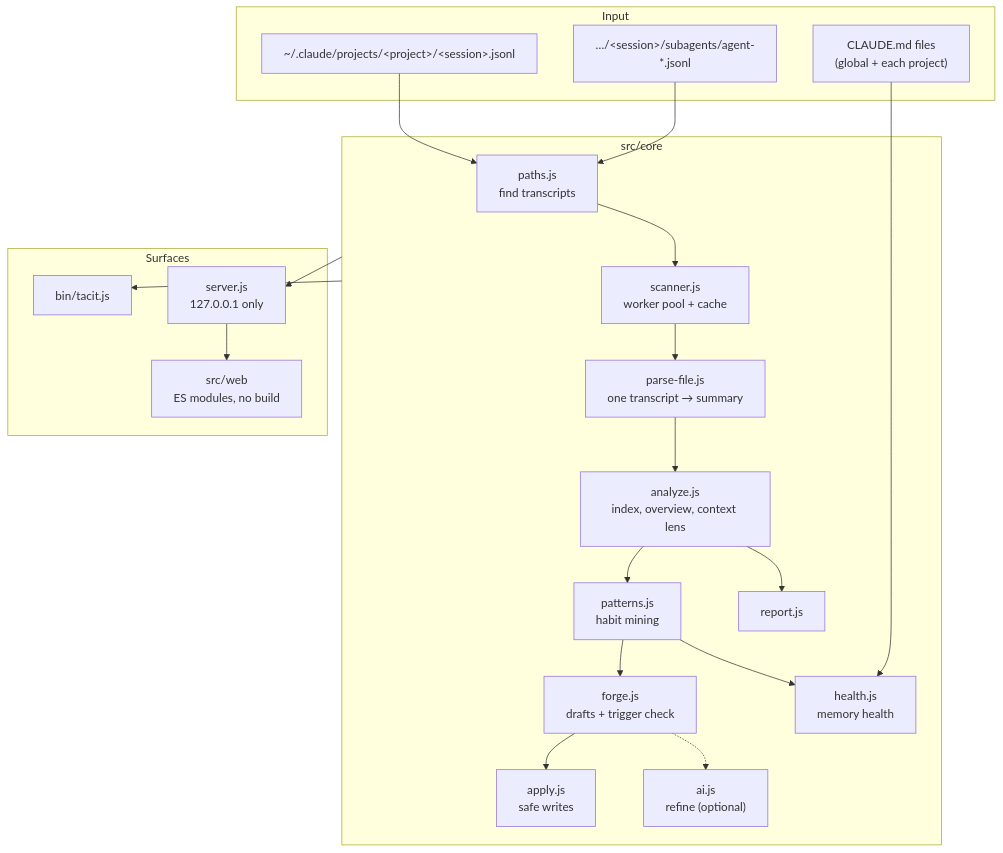
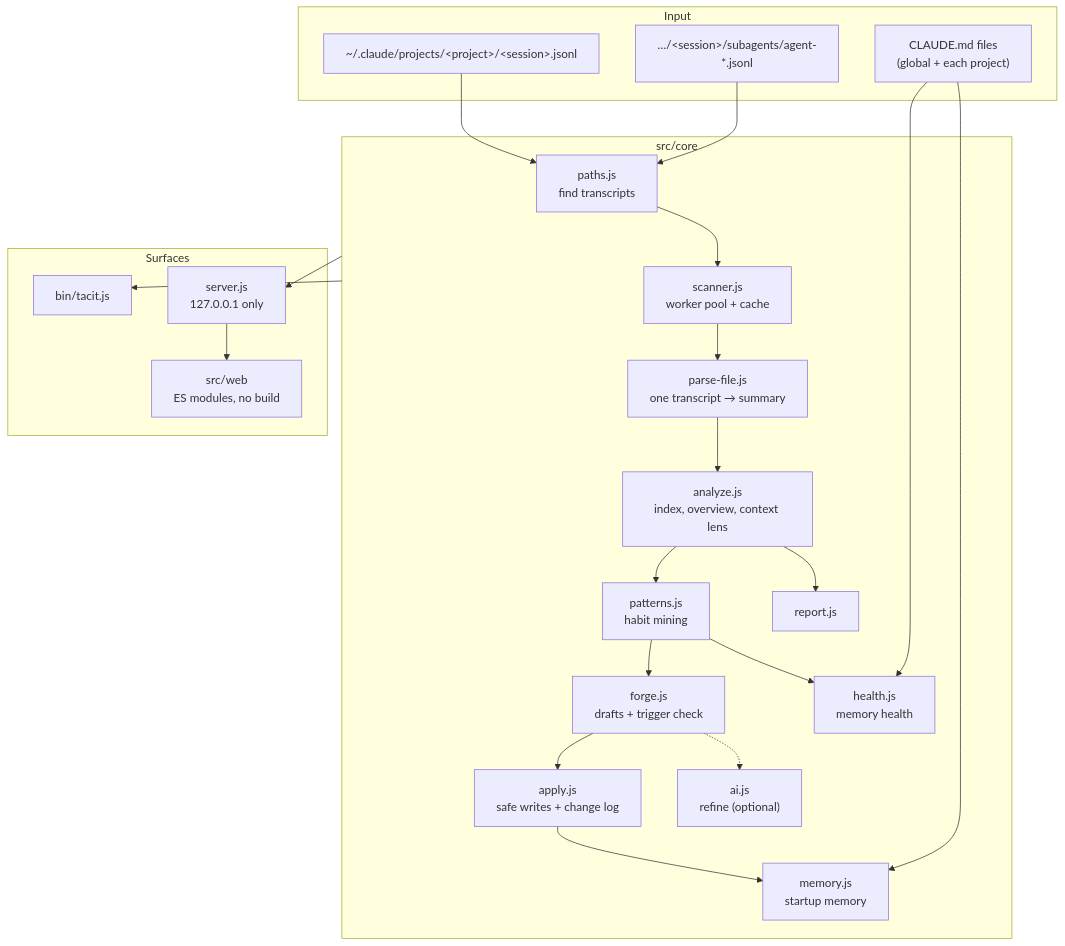
Before and after one commit to abuhuraira99/tacit: the diagram in docs/ARCHITECTURE.md, drawn with Mermaid. The commit also changed other lines of this file and 16 other files, not shown here.

First line of the commit message:
Add Startup memory: see and control what every new chat starts with

````diff
--- a/docs/ARCHITECTURE.md
+++ b/docs/ARCHITECTURE.md
@@ -7,29 +7,31 @@
 ```mermaid
 flowchart TB
     subgraph Input
       T["~/.claude/projects/&lt;project&gt;/&lt;session&gt;.jsonl"]
       S["…/&lt;session&gt;/subagents/agent-*.jsonl"]
       M["CLAUDE.md files<br/>(global + each project)"]
     end
     subgraph Core["src/core"]
       P["paths.js<br/>find transcripts"] --> SC["scanner.js<br/>worker pool + cache"]
       SC --> PF["parse-file.js<br/>one transcript → summary"]
       PF --> AN["analyze.js<br/>index, overview, context lens"]
       AN --> PA["patterns.js<br/>habit mining"]
       PA --> FO["forge.js<br/>drafts + trigger check"]
       PA --> HE["health.js<br/>memory health"]
-      FO --> AP["apply.js<br/>safe writes"]
+      FO --> AP["apply.js<br/>safe writes + change log"]
+      AP --> ME["memory.js<br/>startup memory"]
       FO -.-> AI["ai.js<br/>refine (optional)"]
       AN --> RE["report.js"]
     end
     subgraph Surfaces
       CLI["bin/tacit.js"]
       SRV["server.js<br/>127.0.0.1 only"]
       WEB["src/web<br/>ES modules, no build"]
     end
     T --> P
     S --> P
     M --> HE
+    M --> ME
     Core --> CLI
     Core --> SRV --> WEB
 ```
````
